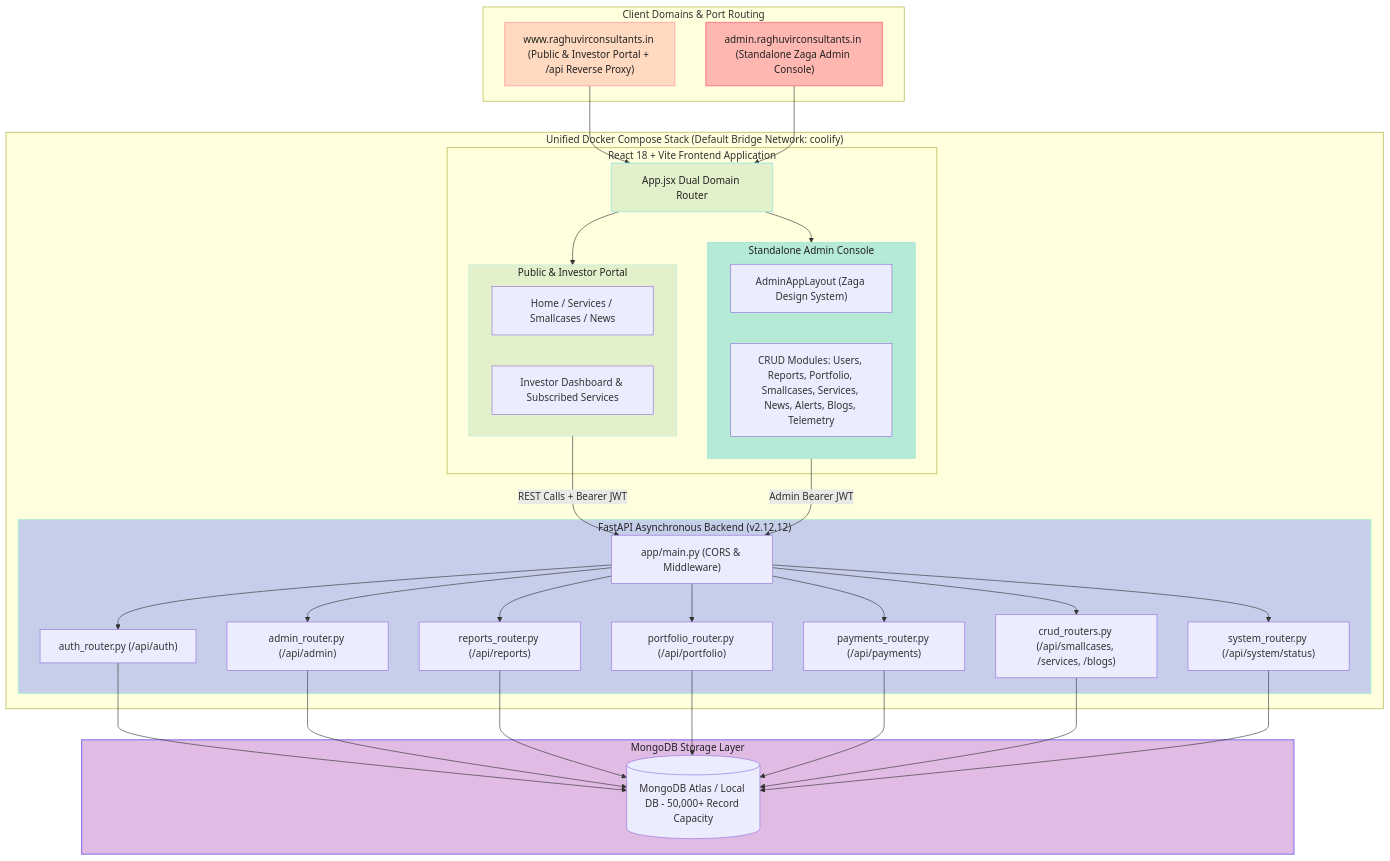
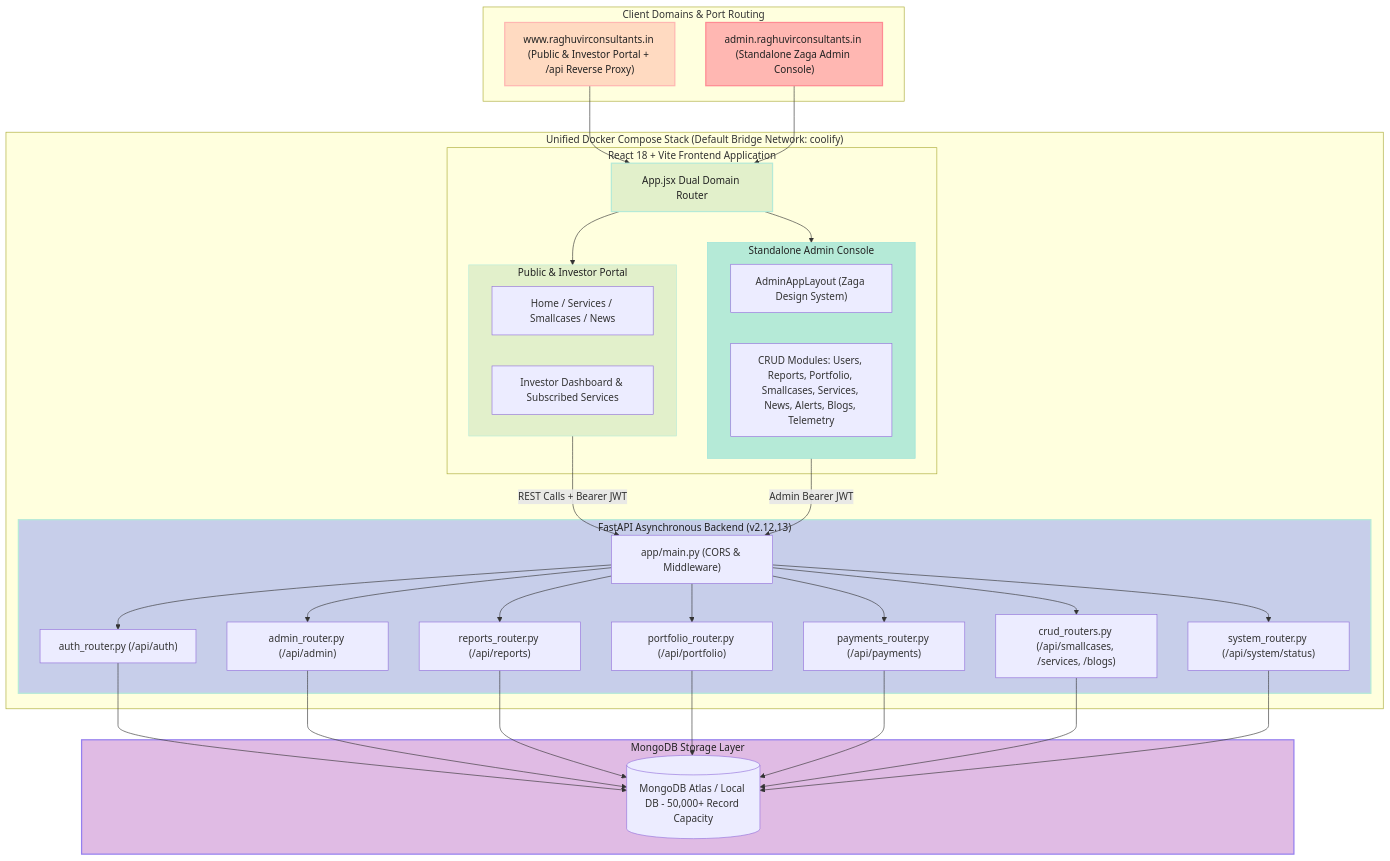
The first of 2 diagrams in backend/docs/ARCHITECTURE.md (tejasrsuthar/raghuvirconsultants-site), drawn with Mermaid before and after one commit. The commit also changed other lines of this file and 8 other files, not shown here.

````diff
--- a/backend/docs/ARCHITECTURE.md
+++ b/backend/docs/ARCHITECTURE.md
@@ -14,72 +14,72 @@
 ```mermaid
 graph TD
     subgraph ClientDomains["Client Domains & Port Routing"]
         PublicDomain["www.raghuvirconsultants.in (Public & Investor Portal + /api Reverse Proxy)"]
         AdminDomain["admin.raghuvirconsultants.in (Standalone Zaga Admin Console)"]
     end
 
     subgraph ComposeStack["Unified Docker Compose Stack (Default Bridge Network: coolify)"]
         subgraph ReactFrontend["React 18 + Vite Frontend Application"]
             AppRouter["App.jsx Dual Domain Router"]
             
             subgraph PublicPortal["Public & Investor Portal"]
               PublicViews["Home / Services / Smallcases / News"]
               InvestorPortal["Investor Dashboard & Subscribed Services"]
             end
 
             subgraph ZagaAdmin["Standalone Admin Console"]
               AdminLayout["AdminAppLayout (Zaga Design System)"]
               AdminModules["CRUD Modules: Users, Reports, Portfolio, Smallcases, Services, News, Alerts, Blogs, Telemetry"]
             end
         end
 
-        subgraph FastAPIServer["FastAPI Asynchronous Backend (v2.12.12)"]
+        subgraph FastAPIServer["FastAPI Asynchronous Backend (v2.12.13)"]
             API["app/main.py (CORS & Middleware)"]
             AuthRouter["auth_router.py (/api/auth)"]
             AdminRouter["admin_router.py (/api/admin)"]
             ReportsRouter["reports_router.py (/api/reports)"]
             PortfolioRouter["portfolio_router.py (/api/portfolio)"]
             PaymentsRouter["payments_router.py (/api/payments)"]
             CRUDRouters["crud_routers.py (/api/smallcases, /services, /blogs)"]
             SystemRouter["system_router.py (/api/system/status)"]
         end
     end
 
     subgraph DataStore["MongoDB Storage Layer"]
         MongoDB[(MongoDB Atlas / Local DB - 50,000+ Record Capacity)]
     end
 
     PublicDomain --> AppRouter
     AdminDomain --> AppRouter
 
     AppRouter --> PublicPortal
     AppRouter --> ZagaAdmin
 
     PublicPortal -->|REST Calls + Bearer JWT| API
     ZagaAdmin -->|Admin Bearer JWT| API
 
     API --> AuthRouter
     API --> AdminRouter
     API --> ReportsRouter
     API --> PortfolioRouter
     API --> PaymentsRouter
     API --> CRUDRouters
     API --> SystemRouter
 
     AuthRouter --> MongoDB
     AdminRouter --> MongoDB
     ReportsRouter --> MongoDB
     PortfolioRouter --> MongoDB
     PaymentsRouter --> MongoDB
     CRUDRouters --> MongoDB
     SystemRouter --> MongoDB
 
     %% Pastel Color Palette Styling
     style PublicDomain fill:#FFDAC1,stroke:#FFB7B2,stroke-width:2px,color:#222;
     style AdminDomain fill:#FFB7B2,stroke:#FF8B94,stroke-width:2px,color:#222;
     style AppRouter fill:#E2F0CB,stroke:#B5EAD7,stroke-width:2px,color:#222;
     style PublicPortal fill:#E2F0CB,stroke:#B5EAD7,stroke-width:1px,color:#222;
     style ZagaAdmin fill:#B5EAD7,stroke:#93E1D8,stroke-width:1px,color:#222;
     style FastAPIServer fill:#C7CEEA,stroke:#B5EAD7,stroke-width:2px,color:#222;
     style DataStore fill:#E0BBE4,stroke:#957FEF,stroke-width:2px,color:#222;
 ```
````
